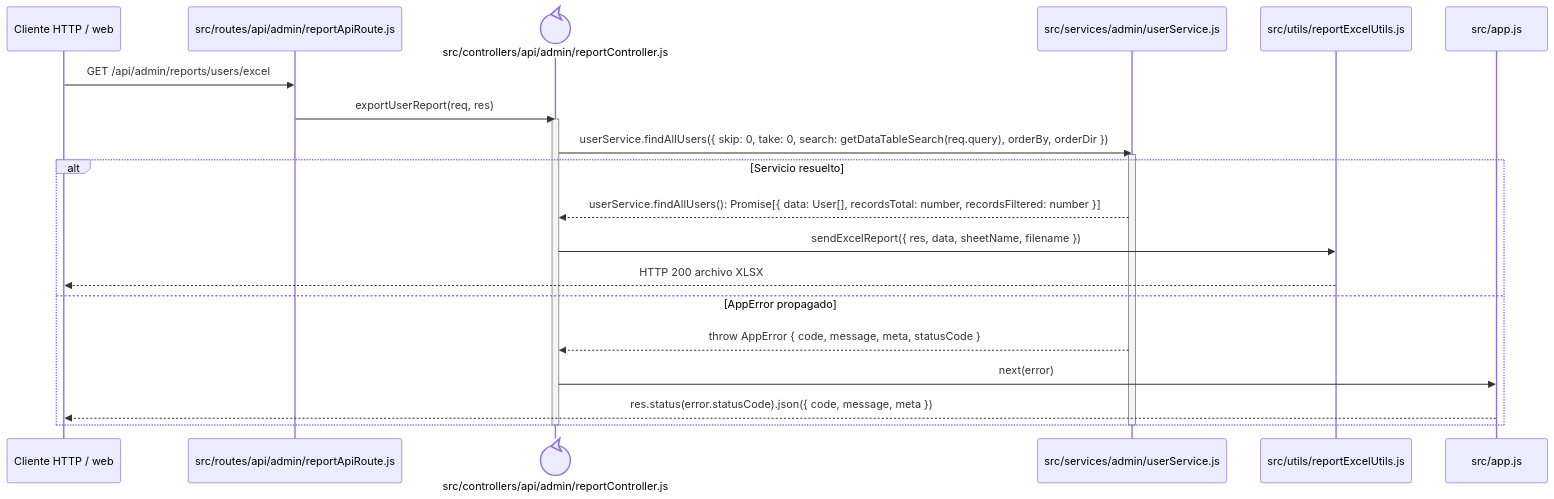
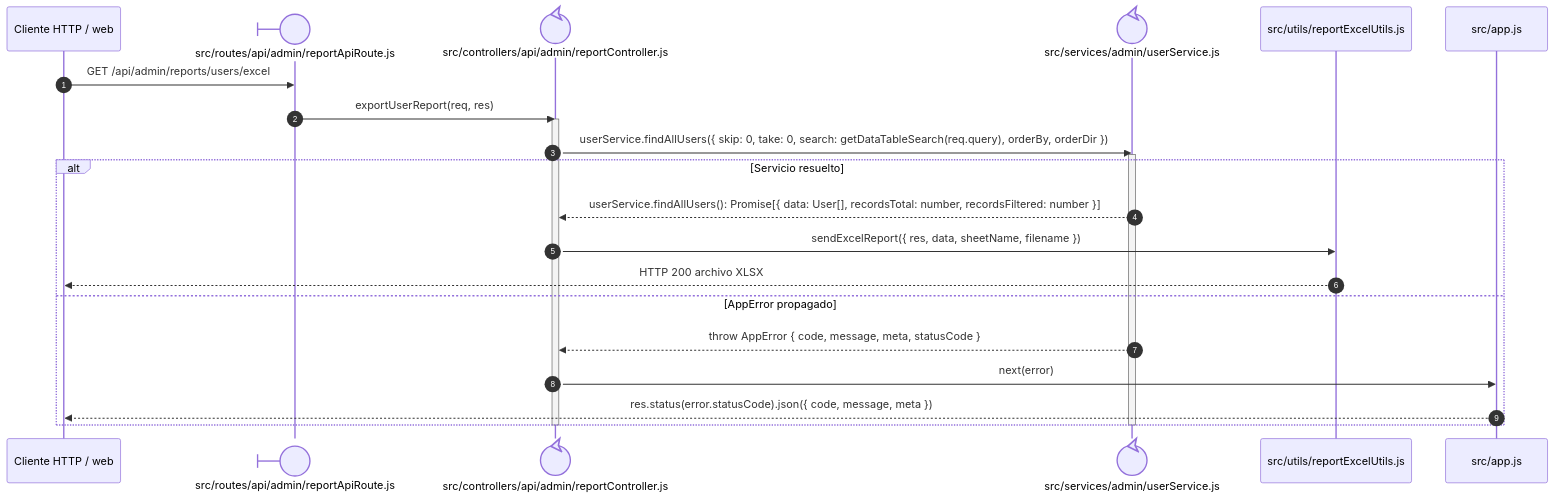
The diagram in docs/architecture/views/processes/backend-code-sequences/identity-access/cu-ida-09.md (gpgsistemas01/nexus), drawn with Mermaid before and after one commit. The commit also changed 198 other files, not shown here.

Commit message:
docs: mejorar notación UML y distribución de diagramas Mermaid

````diff
--- a/docs/architecture/views/processes/backend-code-sequences/identity-access/cu-ida-09.md
+++ b/docs/architecture/views/processes/backend-code-sequences/identity-access/cu-ida-09.md
@@ -6,26 +6,27 @@
 ```mermaid
 sequenceDiagram
+    autonumber
     participant Client as Cliente HTTP / web
-    participant Route as src/routes/api/admin/reportApiRoute.js
+    participant Route@{ "type": "boundary" } as src/routes/api/admin/reportApiRoute.js
     participant Controller@{ "type": "control" } as src/controllers/api/admin/reportController.js
-    participant Query as src/services/admin/userService.js
+    participant Query@{ "type": "control" } as src/services/admin/userService.js
     participant Excel as src/utils/reportExcelUtils.js
     participant ErrorHandler as src/app.js
 
     Client->>Route: GET /api/admin/reports/users/excel
     Route->>Controller: exportUserReport(req, res)
     activate Controller
     Controller->>Query: userService.findAllUsers({ skip: 0, take: 0, search: getDataTableSearch(req.query), orderBy, orderDir })
     activate Query
     alt Servicio resuelto
         Query-->>Controller: userService.findAllUsers(): Promise[{ data: User[], recordsTotal: number, recordsFiltered: number }]
         Controller->>Excel: sendExcelReport({ res, data, sheetName, filename })
         Excel-->>Client: HTTP 200 archivo XLSX
     else AppError propagado
         Query-->>Controller: throw AppError { code, message, meta, statusCode }
         Controller->>ErrorHandler: next(error)
         ErrorHandler-->>Client: res.status(error.statusCode).json({ code, message, meta })
     end
     deactivate Query
     deactivate Controller
 ```
````
